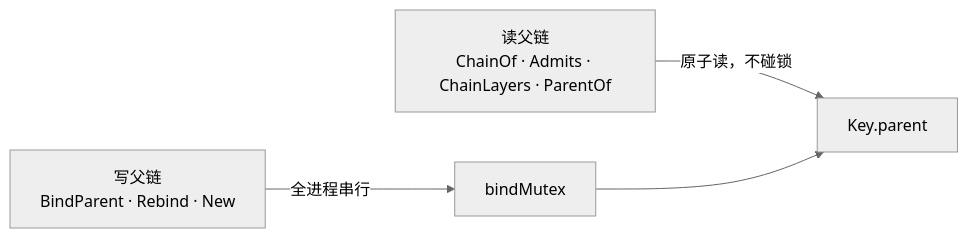
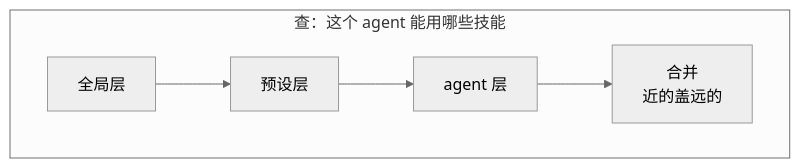
One commit to snight1983/ds-harness-go changed the eighth of 8 diagrams in docs/modules/core-scope.md. Above: the diagram before and after it, drawn with Mermaid (neutral theme). The commit also changed other lines of this file and 195 other files, not shown here.

````diff
--- a/docs/modules/core-scope.md
+++ b/docs/modules/core-scope.md
@@ -520,6 +168,7 @@
 ```mermaid
-flowchart LR
-    R["读父链<br/>ChainOf · Admits · ChainLayers · ParentOf"] -->|"原子读，不碰锁"| K["Key.parent"]
-    W["写父链<br/>BindParent · Rebind · New"] -->|"全进程串行"| M["bindMutex"]
-    M --> K
+graph LR
+  subgraph Q["查：这个 agent 能用哪些技能"]
+    direction LR
+    G2["全局层"] --> P2["预设层"] --> A2["agent 层"] --> R["合并<br/>近的盖远的"]
+  end
 ```
````
